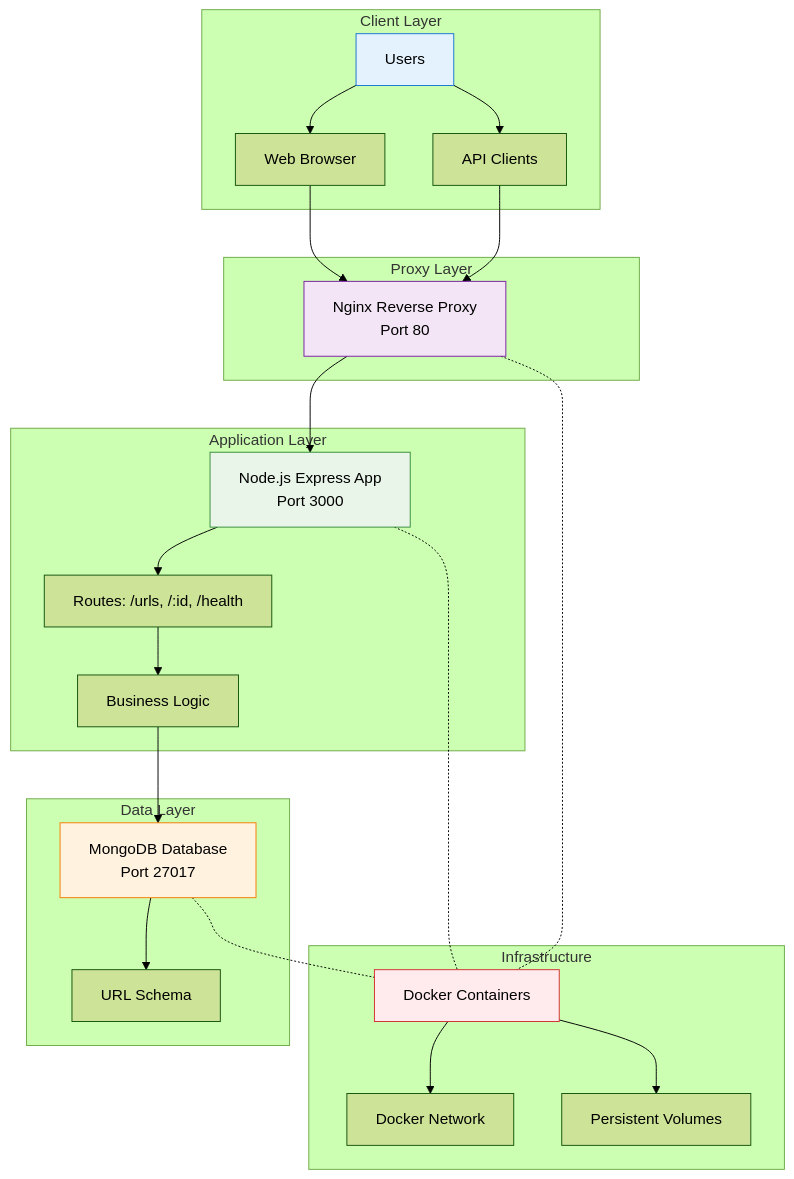
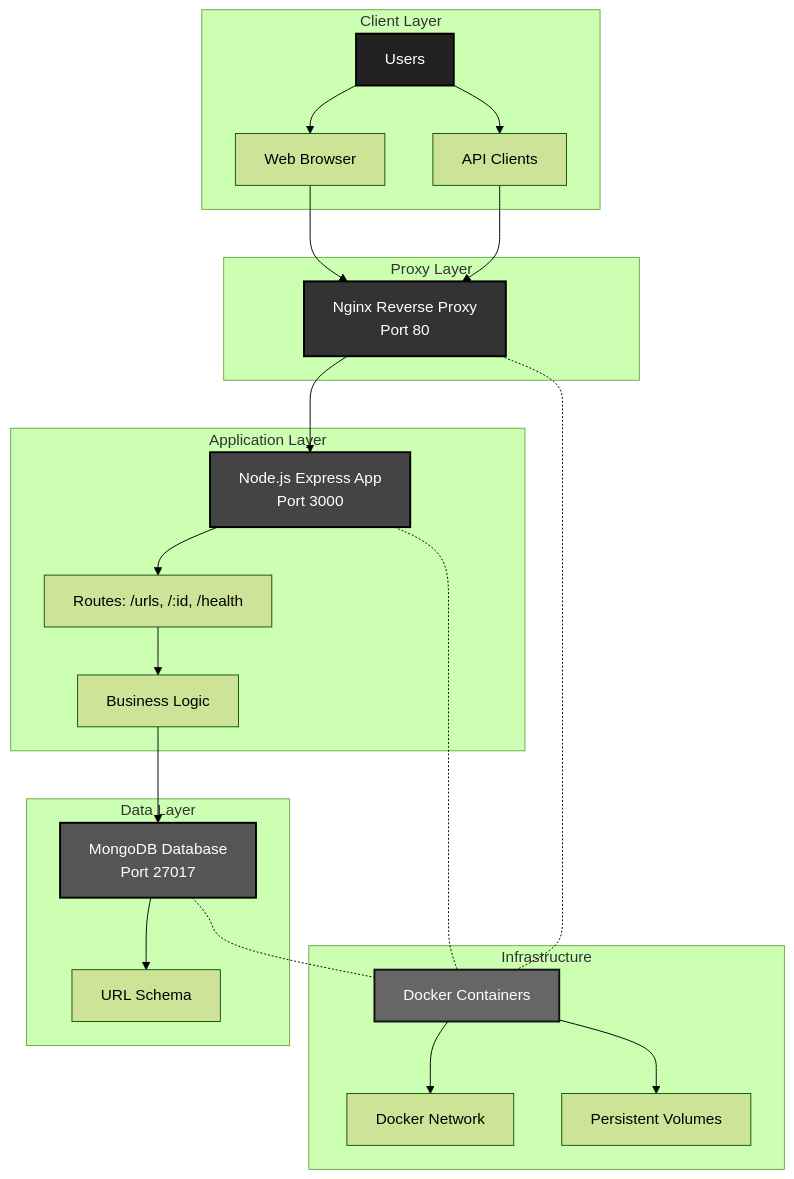
The second of 13 diagrams in url-shortener-lab02-feature-nginx-layer/README.md (Shahriarin2garden/url-shortener-lab02-feature-nginx-layer), drawn with Mermaid (forest theme) before and after one commit. The commit also changed other lines of this file, not shown here.

First line of the commit message:
Revise diagram color styles for clarity

````diff
--- a/url-shortener-lab02-feature-nginx-layer/README.md
+++ b/url-shortener-lab02-feature-nginx-layer/README.md
@@ -48,53 +50,53 @@
 ```mermaid
 graph TB
     subgraph "Client Layer"
         Users[Users]
         Browser[Web Browser]
         API[API Clients]
     end
 
     subgraph "Proxy Layer"
         Nginx[Nginx Reverse Proxy<br/>Port 80]
     end
 
     subgraph "Application Layer"
         App[Node.js Express App<br/>Port 3000]
         Routes[Routes: /urls, /:id, /health]
         Logic[Business Logic]
     end
 
     subgraph "Data Layer"
         MongoDB[MongoDB Database<br/>Port 27017]
         Schema[URL Schema]
     end
 
     subgraph "Infrastructure"
         Docker[Docker Containers]
         Network[Docker Network]
         Volumes[Persistent Volumes]
     end
 
     Users --> Browser
     Users --> API
     Browser --> Nginx
     API --> Nginx
 
     Nginx --> App
     App --> Routes
     Routes --> Logic
     Logic --> MongoDB
     MongoDB --> Schema
 
     App -.- Docker
     Nginx -.- Docker
     MongoDB -.- Docker
 
     Docker --> Network
     Docker --> Volumes
 
-    style Users fill:#e3f2fd,stroke:#1976d2
-    style Nginx fill:#f3e5f5,stroke:#7b1fa2
-    style App fill:#e8f5e8,stroke:#388e3c
-    style MongoDB fill:#fff3e0,stroke:#f57c00
-    style Docker fill:#ffebee,stroke:#d32f2f
+    style Users fill:#222,stroke:#000,stroke-width:2px,color:#fff
+    style Nginx fill:#333,stroke:#000,stroke-width:2px,color:#fff
+    style App fill:#444,stroke:#000,stroke-width:2px,color:#fff
+    style MongoDB fill:#555,stroke:#000,stroke-width:2px,color:#fff
+    style Docker fill:#666,stroke:#111,stroke-width:2px,color:#fff
 ```
````
